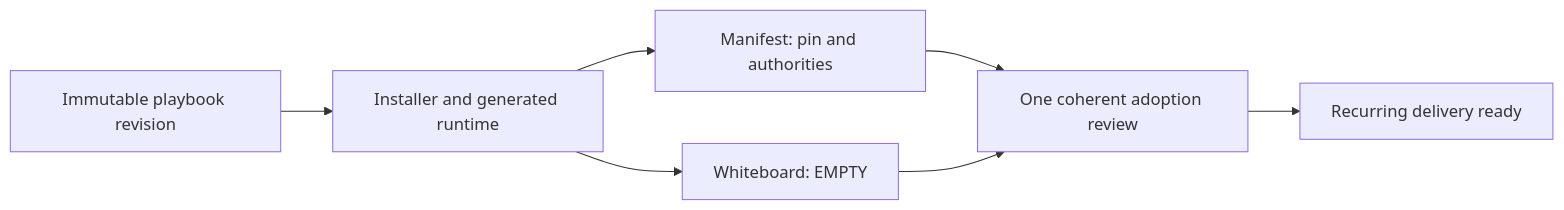
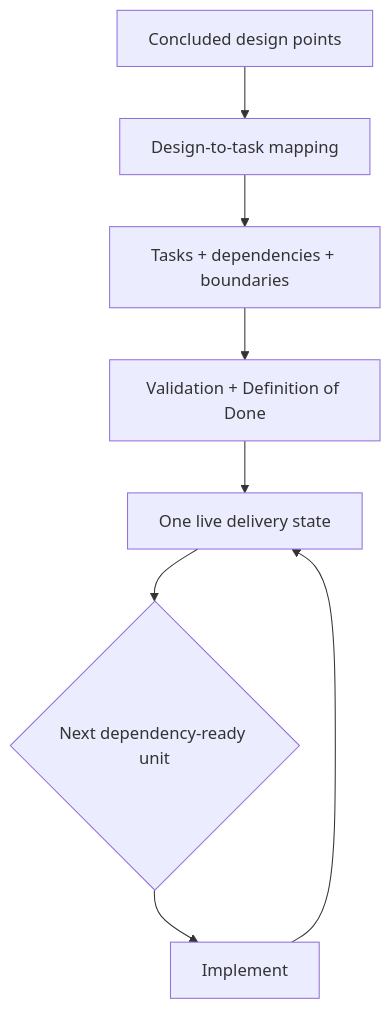
One commit to hhhhhusky777/spec-driven-delivery-playbook changed the fifth of 10 diagrams in README.md. Above: the diagram before and after it, drawn with Mermaid. The commit also changed other lines of this file and 3 other files, not shown here.

````diff
--- a/README.md
+++ b/README.md
@@ -80,9 +205,10 @@
 ```mermaid
-flowchart LR
-    P["Immutable playbook revision"] --> I["Installer and generated runtime"]
-    I --> M["Manifest: pin and authorities"]
-    I --> W["Whiteboard: EMPTY"]
-    M --> A["One coherent adoption review"]
-    W --> A
-    A --> D["Recurring delivery ready"]
+flowchart TD
+    D["Concluded design points"] --> M["Design-to-task mapping"]
+    M --> T["Tasks + dependencies + boundaries"]
+    T --> V["Validation + Definition of Done"]
+    V --> S["One live delivery state"]
+    S --> R{"Next dependency-ready unit"}
+    R --> I["Implement"]
+    I --> S
 ```
````
